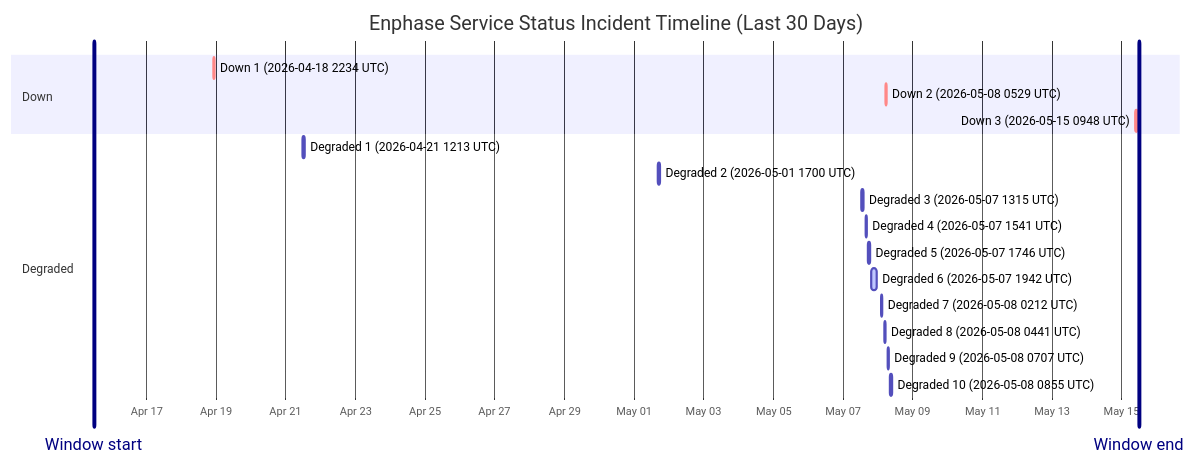
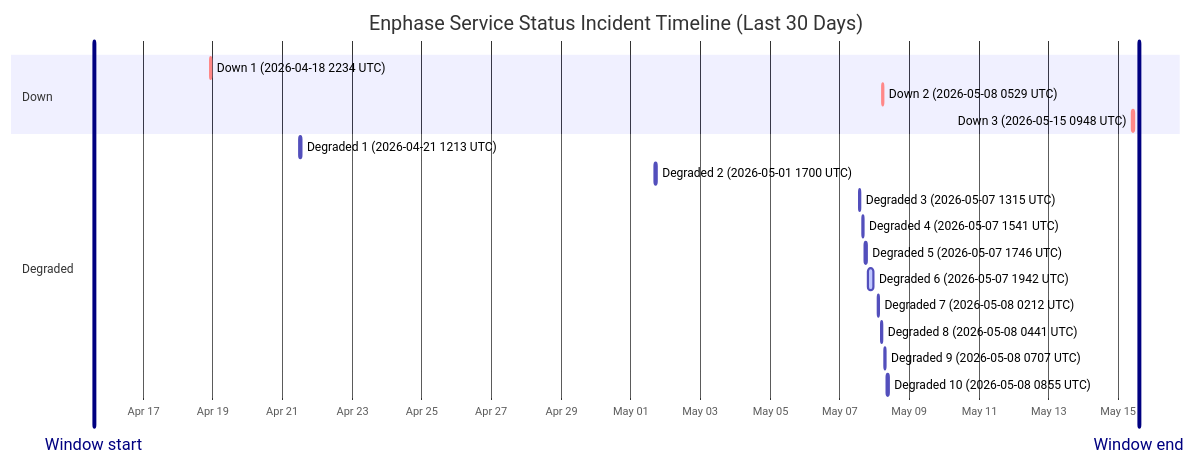
The diagram in wiki/Service-Status-History.md (barneyonline/ha-enphase-ev-charger), drawn with Mermaid before and after one commit. The commit also changed other lines of this file and 3 other files, not shown here.

````diff
--- a/wiki/Service-Status-History.md
+++ b/wiki/Service-Status-History.md
@@ -14,23 +14,23 @@
 ```mermaid
 gantt
     title Enphase Service Status Incident Timeline (Last 30 Days)
     dateFormat  YYYY-MM-DDTHH:mm:ss
     axisFormat  %b %d
-    Window start :vert, window-start, 2026-04-15T11:55:42, 0ms
-    Window end :vert, window-end, 2026-05-15T11:55:42, 0ms
+    Window start :vert, window-start, 2026-04-15T14:07:38, 0ms
+    Window end :vert, window-end, 2026-05-15T14:07:38, 0ms
     section Down
     Down 1 (2026-04-18 2234 UTC) :crit, down-1, 2026-04-18T22:34:13, 60m
     Down 2 (2026-05-08 0529 UTC) :crit, down-2, 2026-05-08T05:29:47, 60m
     Down 3 (2026-05-15 0948 UTC) :crit, down-3, 2026-05-15T09:48:18, 60m
     section Degraded
     Degraded 1 (2026-04-21 1213 UTC) :active, degraded-1, 2026-04-21T12:13:11, 60m
     Degraded 2 (2026-05-01 1700 UTC) :active, degraded-2, 2026-05-01T17:00:22, 60m
     Degraded 3 (2026-05-07 1315 UTC) :active, degraded-3, 2026-05-07T13:15:25, 60m
     Degraded 4 (2026-05-07 1541 UTC) :active, degraded-4, 2026-05-07T15:41:58, 60m
     Degraded 5 (2026-05-07 1746 UTC) :active, degraded-5, 2026-05-07T17:46:51, 60m
     Degraded 6 (2026-05-07 1942 UTC) :active, degraded-6, 2026-05-07T19:42:10, 249m
     Degraded 7 (2026-05-08 0212 UTC) :active, degraded-7, 2026-05-08T02:12:39, 60m
     Degraded 8 (2026-05-08 0441 UTC) :active, degraded-8, 2026-05-08T04:41:46, 60m
     Degraded 9 (2026-05-08 0707 UTC) :active, degraded-9, 2026-05-08T07:07:30, 60m
     Degraded 10 (2026-05-08 0855 UTC) :active, degraded-10, 2026-05-08T08:55:20, 88m
 ```
````
